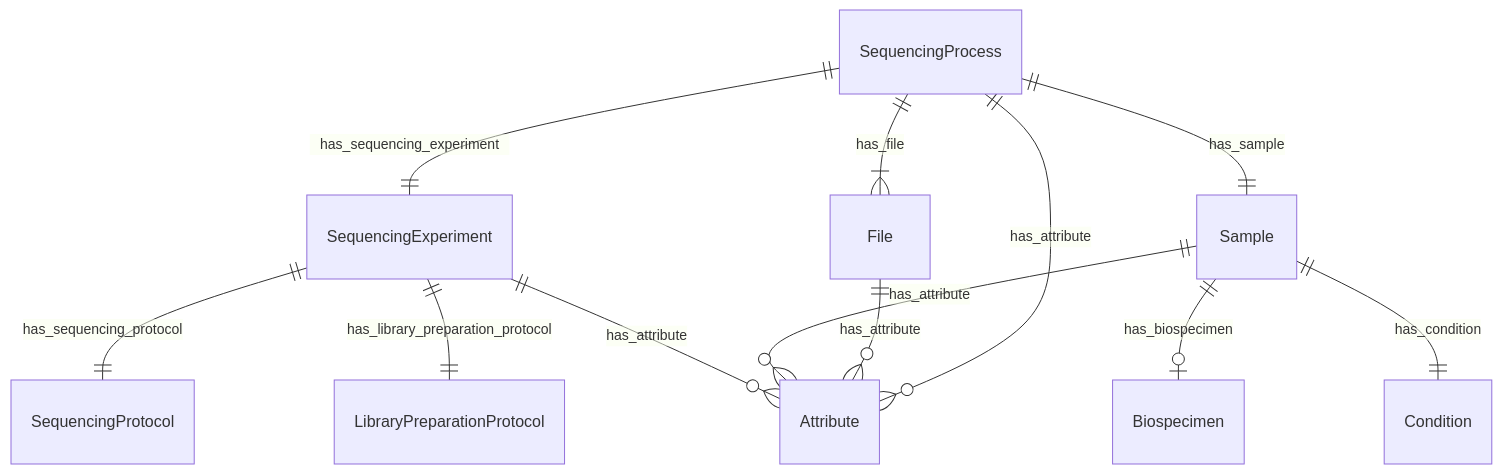
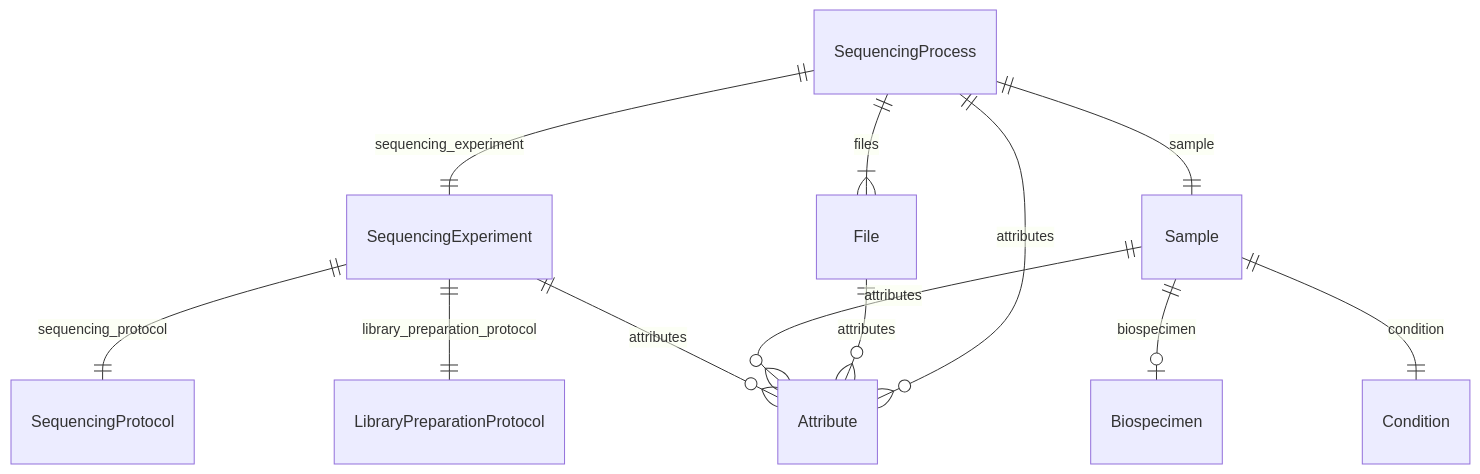
One commit to ghga-de/ghga-metadata-schema changed the third of 7 diagrams in docs/entity_relations.md. Above: the diagram before and after it, drawn with Mermaid. The commit also changed other lines of this file and 208 other files, not shown here.

````diff
--- a/docs/entity_relations.md
+++ b/docs/entity_relations.md
@@ -178,28 +172,28 @@
 ```mermaid
 erDiagram
 SequencingProcess {
 
 }
 File {
 
 }
 Sample {
 
 }
 SequencingExperiment {
 
 }
 
-SequencingProcess ||--}| File : "has_file"
-SequencingProcess ||--|| SequencingExperiment : "has_sequencing_experiment"
-SequencingProcess ||--|| Sample : "has_sample"
-SequencingProcess ||--}o Attribute : "has_attribute"
-File ||--}o Attribute : "has_attribute"
-Sample ||--|o Biospecimen : "has_biospecimen"
-Sample ||--|| Condition : "has_condition"
-Sample ||--}o Attribute : "has_attribute"
-SequencingExperiment ||--|| SequencingProtocol : "has_sequencing_protocol"
-SequencingExperiment ||--|| LibraryPreparationProtocol : "has_library_preparation_protocol"
-SequencingExperiment ||--}o Attribute : "has_attribute"
+SequencingProcess ||--}| File : "files"
+SequencingProcess ||--|| SequencingExperiment : "sequencing_experiment"
+SequencingProcess ||--|| Sample : "sample"
+SequencingProcess ||--}o Attribute : "attributes"
+File ||--}o Attribute : "attributes"
+Sample ||--|o Biospecimen : "biospecimen"
+Sample ||--|| Condition : "condition"
+Sample ||--}o Attribute : "attributes"
+SequencingExperiment ||--|| SequencingProtocol : "sequencing_protocol"
+SequencingExperiment ||--|| LibraryPreparationProtocol : "library_preparation_protocol"
+SequencingExperiment ||--}o Attribute : "attributes"
 
 ```
````
